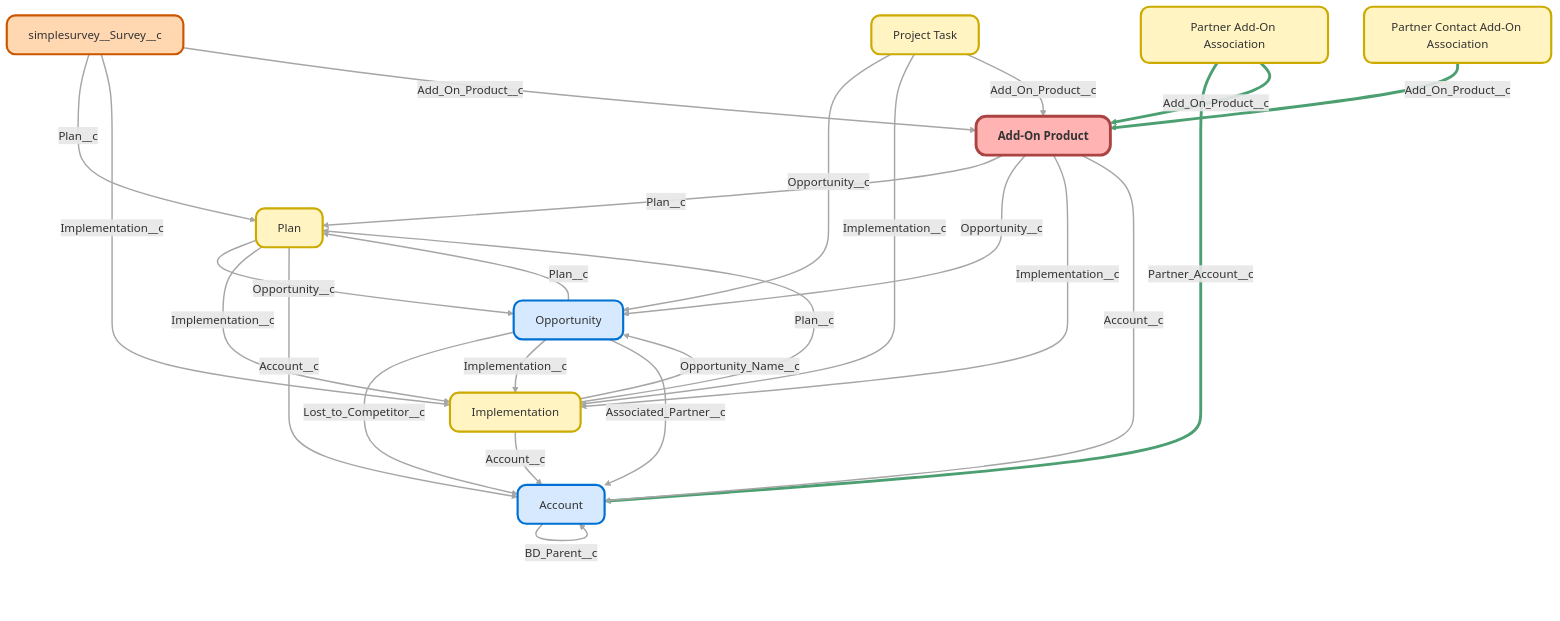
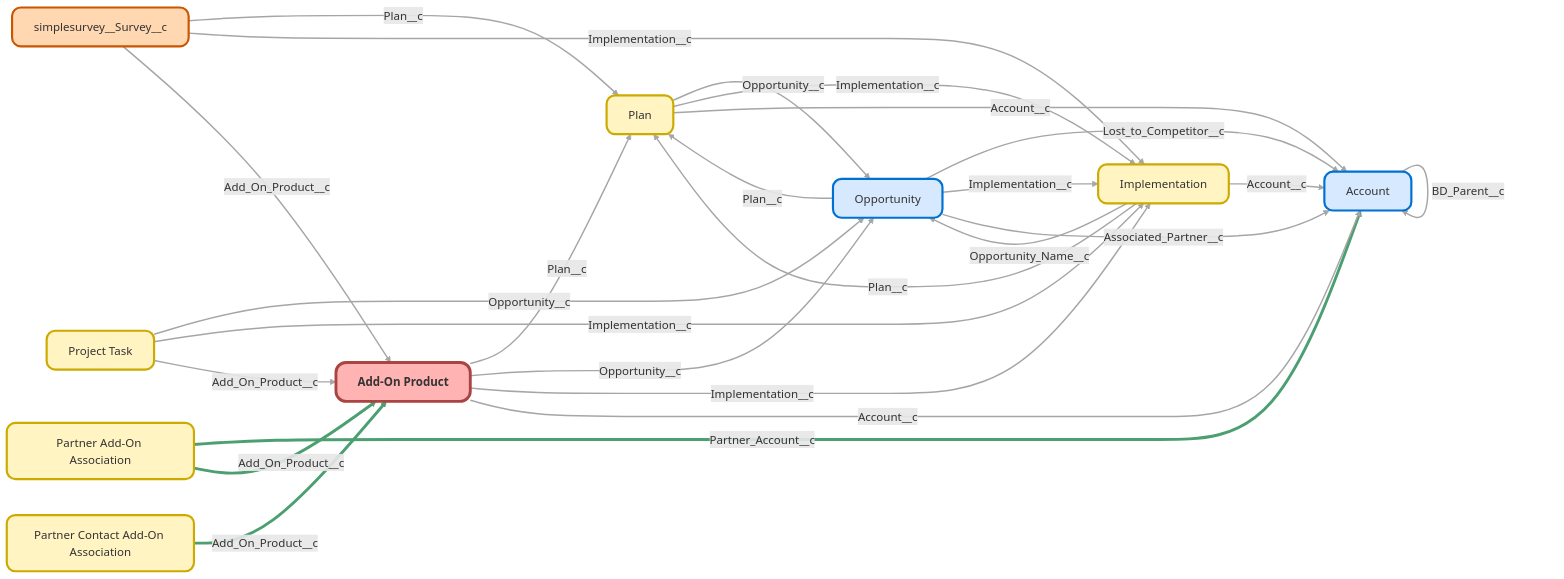
One commit to moechapa/ubiquity-org-monitoring changed the diagram in docs/objects/Add_On_Products__c.md. Above: the diagram before and after it, drawn with Mermaid. The commit also changed 1461 other files, not shown here.

````diff
--- a/docs/objects/Add_On_Products__c.md
+++ b/docs/objects/Add_On_Products__c.md
@@ -12,48 +12,55 @@
 ```mermaid
-graph TD
+graph LR
 simplesurvey__Survey__c["simplesurvey__Survey__c"]:::customObjectManaged
+click simplesurvey__Survey__c "/objects/simplesurvey__Survey__c/"
 Project_Task__c["Project Task"]:::customObject
+click Project_Task__c "/objects/Project_Task__c/"
 Plan__c["Plan"]:::customObject
+click Plan__c "/objects/Plan__c/"
 Partner_Contact_Add_On_Association__c["Partner Contact Add-On Association"]:::customObject
+click Partner_Contact_Add_On_Association__c "/objects/Partner_Contact_Add_On_Association__c/"
 Partner_Add_On_Association__c["Partner Add-On Association"]:::customObject
+click Partner_Add_On_Association__c "/objects/Partner_Add_On_Association__c/"
 Opportunity["Opportunity"]:::object
+click Opportunity "/objects/Opportunity/"
 Implementation__c["Implementation"]:::customObject
+click Implementation__c "/objects/Implementation__c/"
 Add_On_Products__c["Add-On Product"]:::mainObject
 click Add_On_Products__c "/objects/Add_On_Products__c/"
 Account["Account"]:::object
 click Account "/objects/Account/"
 
 simplesurvey__Survey__c -->|Plan__c| Plan__c
 simplesurvey__Survey__c -->|Implementation__c| Implementation__c
 simplesurvey__Survey__c -->|Add_On_Product__c| Add_On_Products__c
 Project_Task__c -->|Opportunity__c| Opportunity
 Project_Task__c -->|Implementation__c| Implementation__c
 Project_Task__c -->|Add_On_Product__c| Add_On_Products__c
 Plan__c -->|Opportunity__c| Opportunity
 Plan__c -->|Implementation__c| Implementation__c
 Plan__c -->|Account__c| Account
 Partner_Contact_Add_On_Association__c ==>|Add_On_Product__c| Add_On_Products__c
 Partner_Add_On_Association__c ==>|Partner_Account__c| Account
 Partner_Add_On_Association__c ==>|Add_On_Product__c| Add_On_Products__c
 Opportunity -->|Plan__c| Plan__c
 Opportunity -->|Lost_to_Competitor__c| Account
 Opportunity -->|Implementation__c| Implementation__c
 Opportunity -->|Associated_Partner__c| Account
 Implementation__c -->|Plan__c| Plan__c
 Implementation__c -->|Opportunity_Name__c| Opportunity
 Implementation__c -->|Account__c| Account
 Add_On_Products__c -->|Plan__c| Plan__c
 Add_On_Products__c -->|Opportunity__c| Opportunity
 Add_On_Products__c -->|Implementation__c| Implementation__c
 Add_On_Products__c -->|Account__c| Account
 Account -->|Linked_Company__c| Account
 Account -->|BD_Parent__c| Account
 
 classDef object fill:#D6E9FF,stroke:#0070D2,stroke-width:3px,rx:12px,ry:12px,shadow:drop,color:#333;
 classDef customObject fill:#FFF4C2,stroke:#CCAA00,stroke-width:3px,rx:12px,ry:12px,shadow:drop,color:#333;
 classDef customObjectManaged fill:#FFD8B2,stroke:#CC5500,stroke-width:3px,rx:12px,ry:12px,shadow:drop,color:#333;
 classDef mainObject fill:#FFB3B3,stroke:#A94442,stroke-width:4px,rx:14px,ry:14px,shadow:drop,color:#333,font-weight:bold;
 linkStyle 9,10,11 stroke:#4C9F70,stroke-width:4px;
 linkStyle 0,1,2,3,4,5,6,7,8,12,13,14,15,16,17,18,19,20,21,22,23,24 stroke:#A6A6A6,stroke-width:2px;
 
 ```
````
